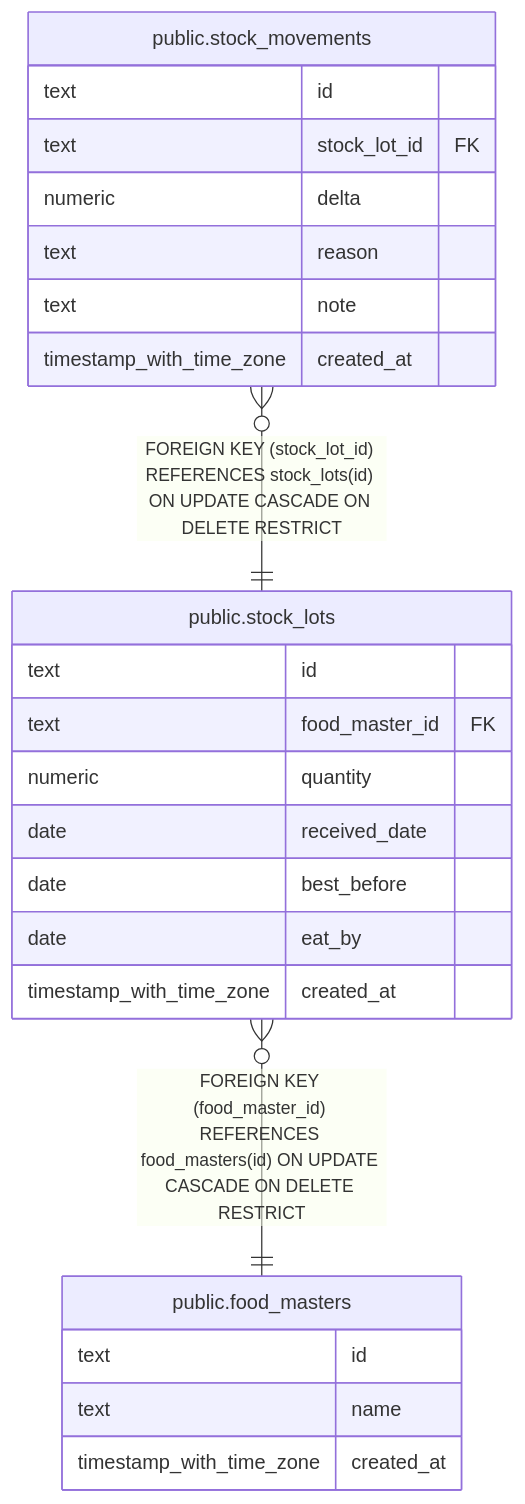
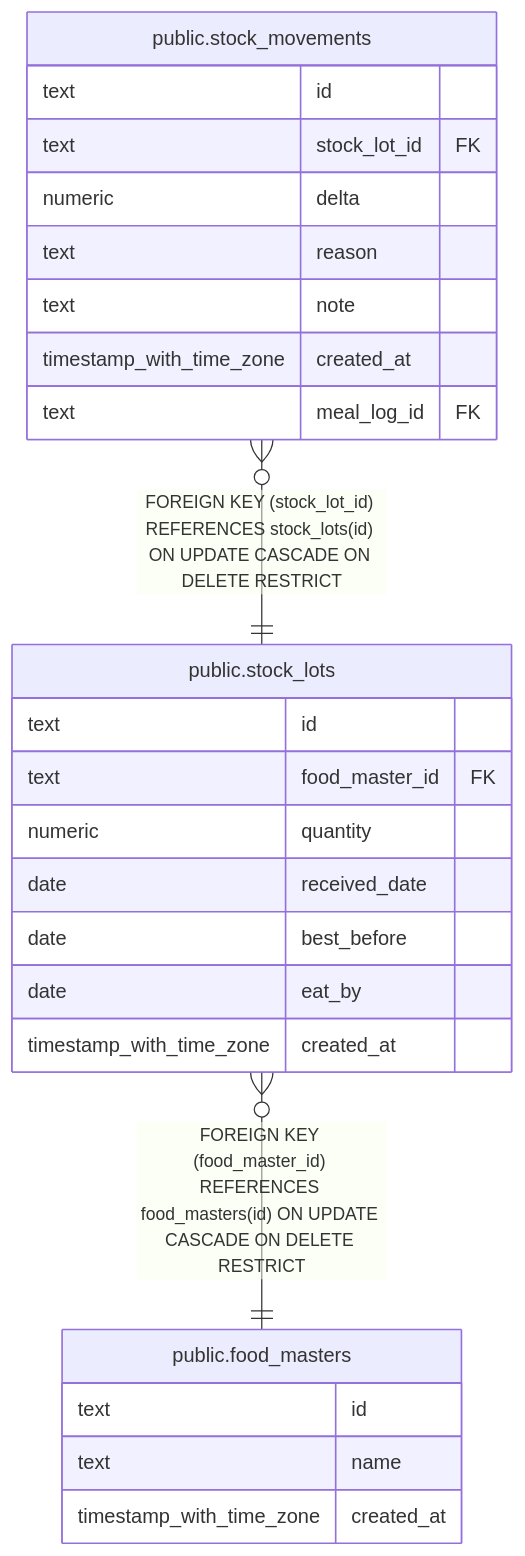
The diagram in docs/db/public.stock_lots.md (fohte/meshi), drawn with Mermaid before and after one commit. The commit also changed 24 other files, not shown here.

````diff
--- a/docs/db/public.stock_lots.md
+++ b/docs/db/public.stock_lots.md
@@ -40,29 +40,30 @@
 ```mermaid
 erDiagram
 
 "public.stock_movements" }o--|| "public.stock_lots" : "FOREIGN KEY (stock_lot_id) REFERENCES stock_lots(id) ON UPDATE CASCADE ON DELETE RESTRICT"
 "public.stock_lots" }o--|| "public.food_masters" : "FOREIGN KEY (food_master_id) REFERENCES food_masters(id) ON UPDATE CASCADE ON DELETE RESTRICT"
 
 "public.stock_lots" {
   text id
   text food_master_id FK
   numeric quantity
   date received_date
   date best_before
   date eat_by
   timestamp_with_time_zone created_at
 }
 "public.stock_movements" {
   text id
   text stock_lot_id FK
   numeric delta
   text reason
   text note
   timestamp_with_time_zone created_at
+  text meal_log_id FK
 }
 "public.food_masters" {
   text id
   text name
   timestamp_with_time_zone created_at
 }
 ```
````
